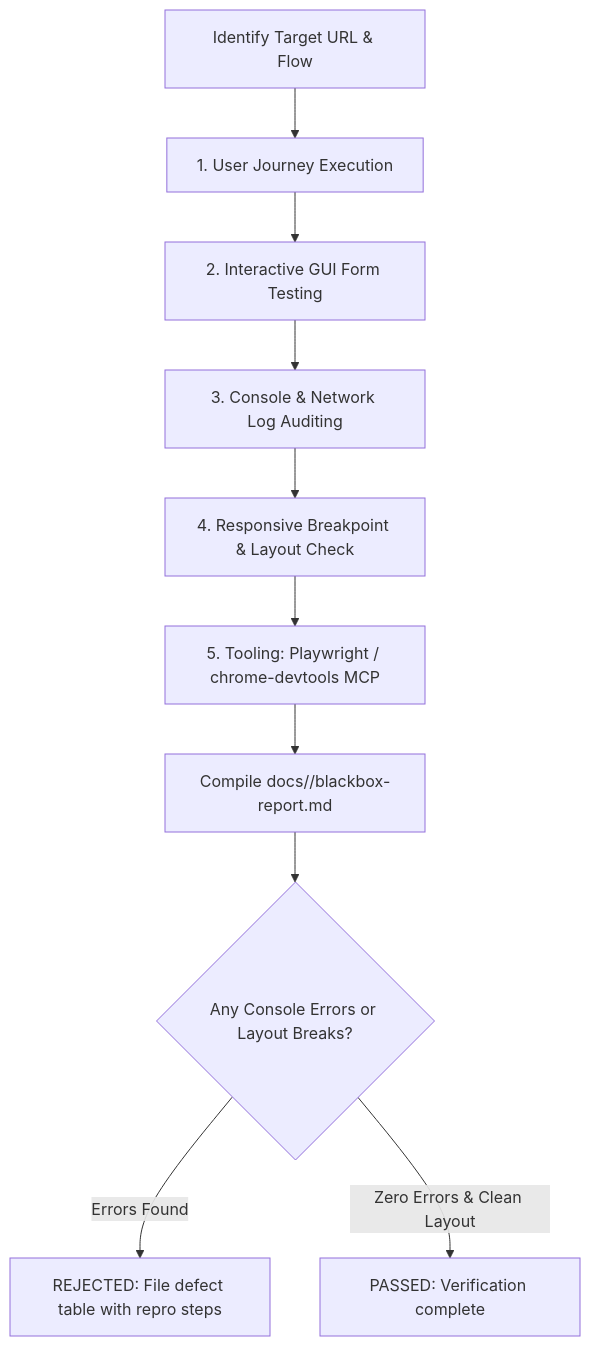
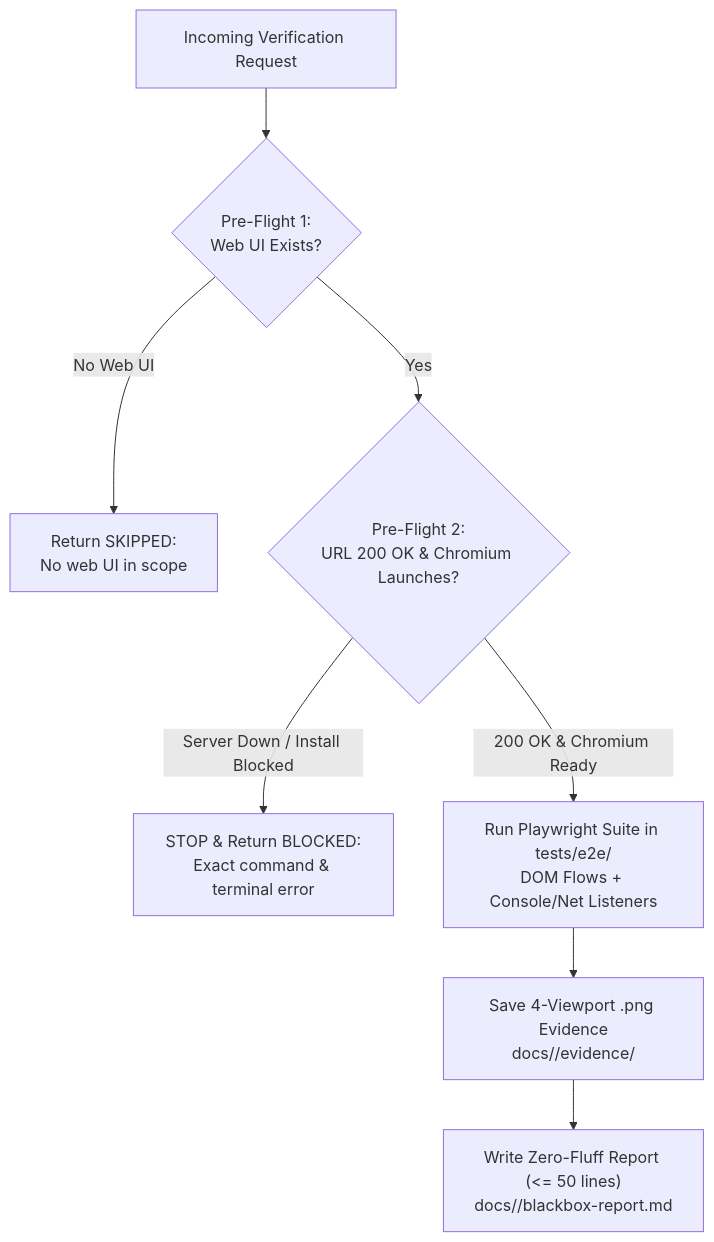
Before and after one commit to jggomez/expert-ai-developer-skills: the diagram in plugins/antigravity/senior-dev/skills/blackbox-tester/SKILL.md, drawn with Mermaid. The commit also changed other lines of this file and 118 other files, not shown here.

````diff
--- a/plugins/antigravity/senior-dev/skills/blackbox-tester/SKILL.md
+++ b/plugins/antigravity/senior-dev/skills/blackbox-tester/SKILL.md
@@ -38,12 +38,10 @@
 ```mermaid
 flowchart TD
-    START["Identify Target URL & Flow"] --> P1["1. User Journey Execution"]
-    P1 --> P2["2. Interactive GUI Form Testing"]
-    P2 --> P3["3. Console & Network Log Auditing"]
-    P3 --> P4["4. Responsive Breakpoint & Layout Check"]
-    P4 --> P5["5. Tooling: Playwright / chrome-devtools MCP"]
-    P5 --> REPORT["Compile docs/<feature-name>/blackbox-report.md"]
-    REPORT --> VERDICT{"Any Console Errors or Layout Breaks?"}
-    VERDICT -->|"Errors Found"| REJECT["REJECTED: File defect table with repro steps"]
-    VERDICT -->|"Zero Errors & Clean Layout"| PASS["PASSED: Verification complete"]
+    START["Incoming Verification Request"] --> PF1{"Pre-Flight 1:<br/>Web UI Exists?"}
+    PF1 -->|"No Web UI"| SKIP["Return SKIPPED:<br/>No web UI in scope"]
+    PF1 -->|"Yes"| PF2{"Pre-Flight 2:<br/>URL 200 OK & Chromium Launches?"}
+    PF2 -->|"Server Down / Install Blocked"| BLOCK["STOP & Return BLOCKED:<br/>Exact command & terminal error"]
+    PF2 -->|"200 OK & Chromium Ready"| EXEC["Run Playwright Suite in tests/e2e/<br/>DOM Flows + Console/Net Listeners"]
+    EXEC --> SHOTS["Save 4-Viewport .png Evidence<br/>docs/<feature-name>/evidence/"]
+    SHOTS --> REPORT["Write Zero-Fluff Report (<= 50 lines)<br/>docs/<feature-name>/blackbox-report.md"]
 ```
````
